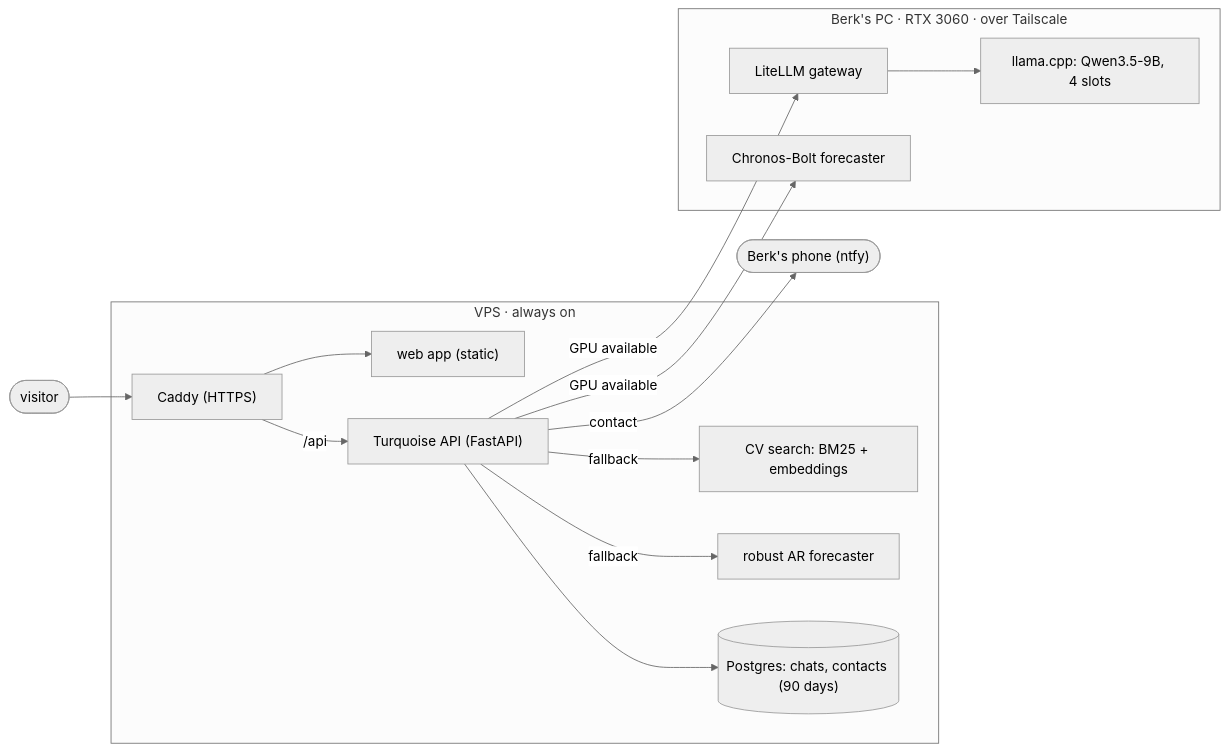
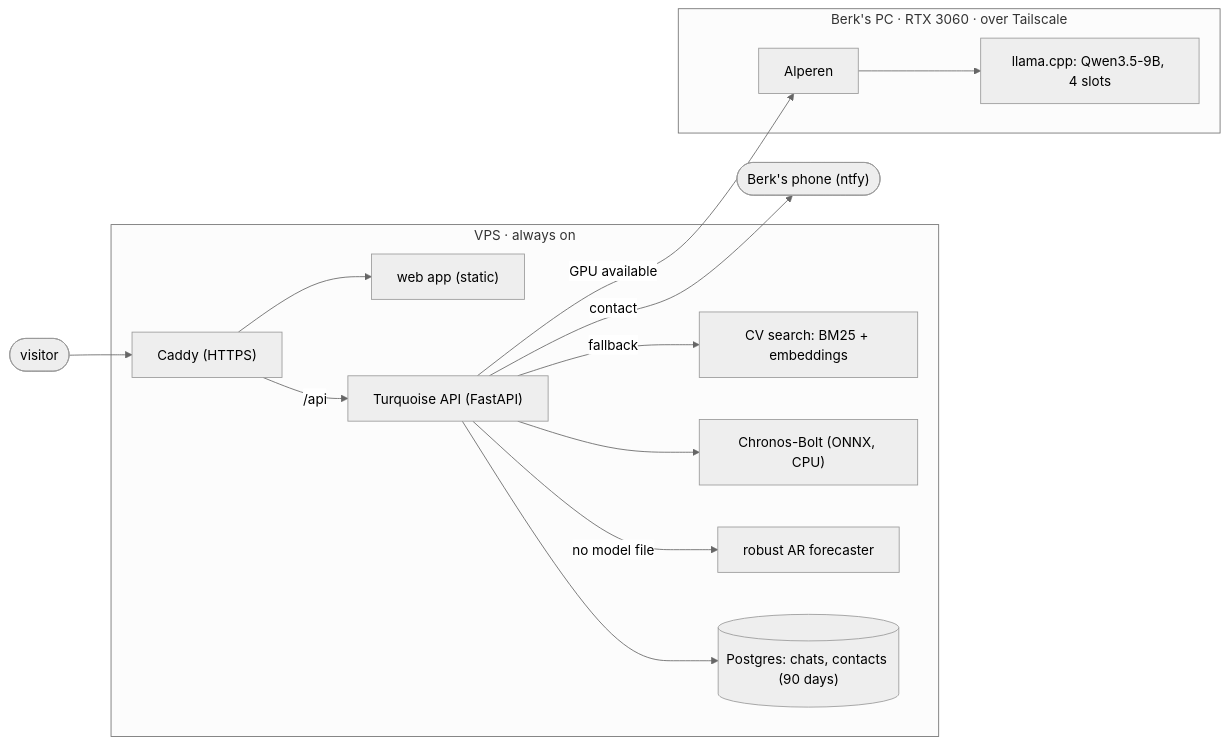
One commit to berkmonder/turquoise changed the diagram in docs/architecture.md. Above: the diagram before and after it, drawn with Mermaid (neutral theme). The commit also changed other lines of this file and 28 other files, not shown here.

First line of the commit message:
The new Alperen: the chat through it, Chronos-Bolt on the server's own CPU

````diff
--- a/docs/architecture.md
+++ b/docs/architecture.md
@@ -8,26 +8,26 @@
 ```mermaid
 flowchart LR
   visitor(["visitor"])
   subgraph vps["VPS · always on"]
     caddy["Caddy (HTTPS)"]
     web["web app (static)"]
     api["Turquoise API (FastAPI)"]
     search["CV search: BM25 + embeddings"]
+    chronos["Chronos-Bolt (ONNX, CPU)"]
     ar["robust AR forecaster"]
     pg[("Postgres: chats, contacts (90 days)")]
   end
   subgraph pc["Berk's PC · RTX 3060 · over Tailscale"]
-    gw["LiteLLM gateway"]
+    alperen["Alperen"]
     llama["llama.cpp: Qwen3.5-9B, 4 slots"]
-    chronos["Chronos-Bolt forecaster"]
   end
   phone(["Berk's phone (ntfy)"])
   visitor --> caddy --> web
   caddy -- "/api" --> api
-  api -- "GPU available" --> gw --> llama
-  api -- "GPU available" --> chronos
+  api -- "GPU available" --> alperen --> llama
   api -- "fallback" --> search
-  api -- "fallback" --> ar
+  api --> chronos
+  api -- "no model file" --> ar
   api --> pg
   api -- "contact" --> phone
 ```
````
